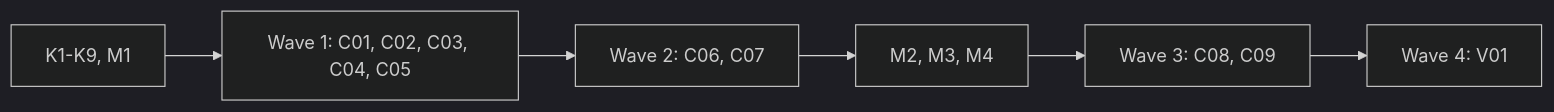
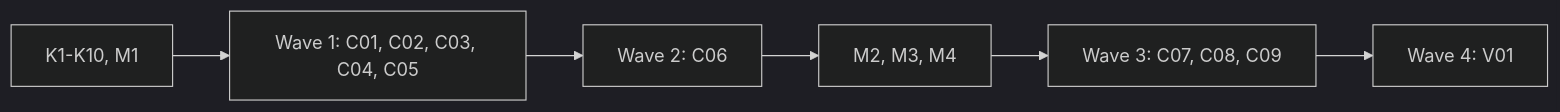
One commit to alfhen/agent-pr-pipeline changed the third of 3 diagrams in docs/plan-0.8.0.md. Above: the diagram before and after it, drawn with Mermaid (dark theme). The commit also changed other lines of this file, not shown here.

````diff
--- a/docs/plan-0.8.0.md
+++ b/docs/plan-0.8.0.md
@@ -275,4 +276,4 @@
 ```mermaid
 flowchart LR
-  K[K1-K9, M1] --> W1[Wave 1: C01, C02, C03, C04, C05] --> W2[Wave 2: C06, C07] --> M[M2, M3, M4] --> W3[Wave 3: C08, C09] --> W4[Wave 4: V01]
+  K[K1-K10, M1] --> W1[Wave 1: C01, C02, C03, C04, C05] --> W2[Wave 2: C06] --> M[M2, M3, M4] --> W3[Wave 3: C07, C08, C09] --> W4[Wave 4: V01]
 ```
````
